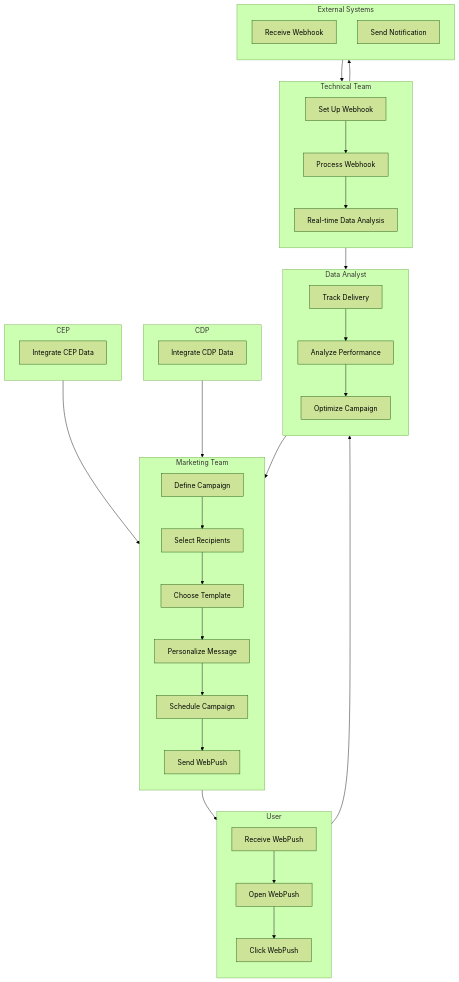
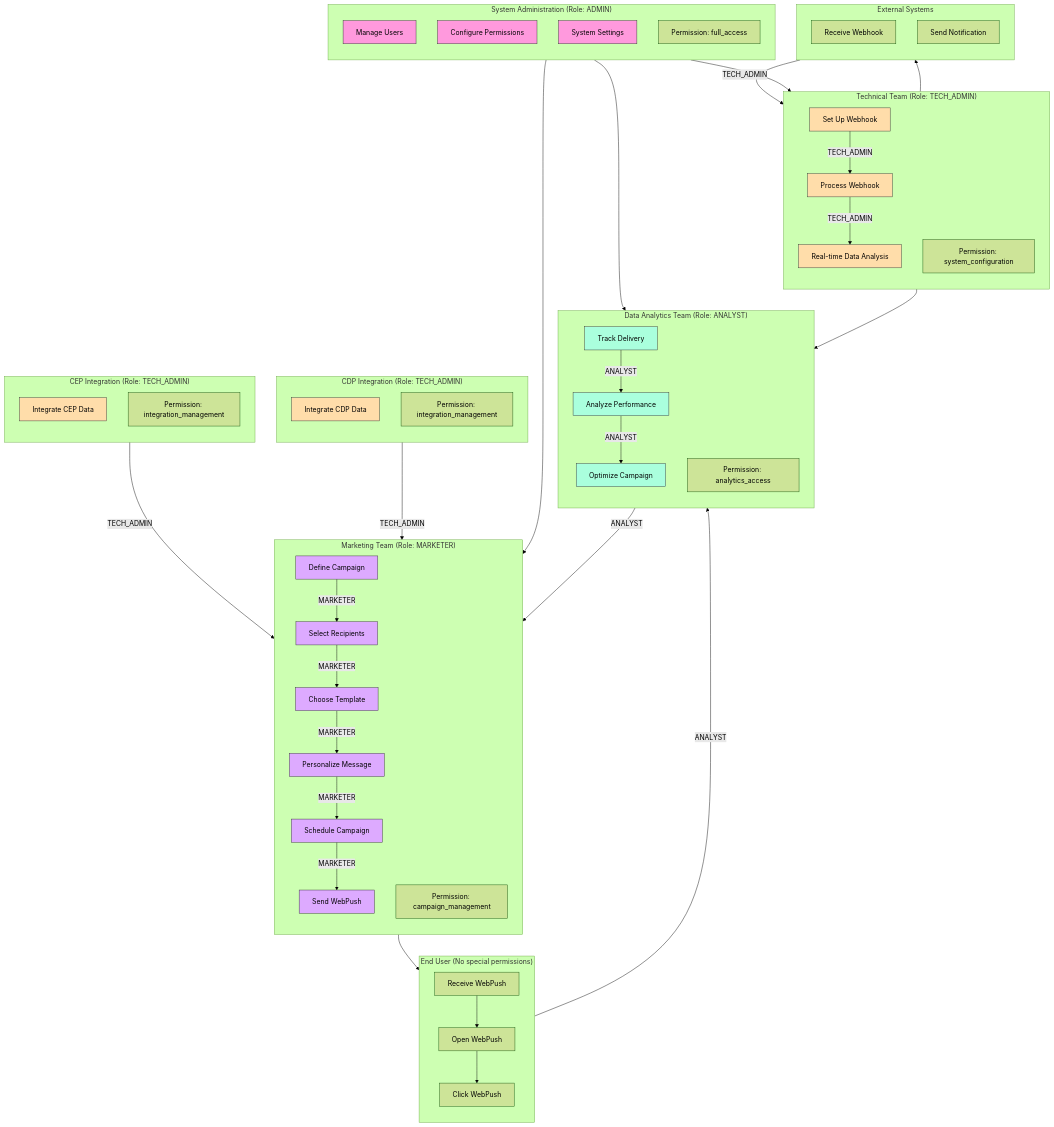
One commit to k1fathi/webpush_api changed the diagram in docs/code_stral2501/swimlane_diagram.mmd. Above: the diagram before and after it, drawn with Mermaid (forest theme). The commit also changed 27 other files, not shown here.

Commit message:
Add new database models for subscriptions, CDP, CEP, triggers, webhooks, analytics, templates, campaigns, and webpushes

```diff
--- a/docs/code_stral2501/swimlane_diagram.mmd
+++ b/docs/code_stral2501/swimlane_diagram.mmd
@@ -1,68 +1,96 @@
 flowchart TD
-    subgraph User
+    %% Role definitions
+    classDef admin fill:#f9d,stroke:#333
+    classDef analyst fill:#afd,stroke:#333
+    classDef marketer fill:#daf,stroke:#333
+    classDef tech fill:#fda,stroke:#333
+    classDef enduser fill:#ddd,stroke:#333
+
+    subgraph User["End User (No special permissions)"]
         direction TB
         U1[Receive WebPush]
         U2[Open WebPush]
         U3[Click WebPush]
     end
 
-    subgraph Marketing Team
+    subgraph Marketing Team["Marketing Team (Role: MARKETER)"]
         direction TB
-        M1[Define Campaign]
-        M2[Select Recipients]
-        M3[Choose Template]
-        M4[Personalize Message]
-        M5[Schedule Campaign]
-        M6[Send WebPush]
+        M1[Define Campaign]:::marketer
+        M2[Select Recipients]:::marketer
+        M3[Choose Template]:::marketer
+        M4[Personalize Message]:::marketer
+        M5[Schedule Campaign]:::marketer
+        M6[Send WebPush]:::marketer
+        MP[Permission: campaign_management]
     end
 
-    subgraph Data Analyst
+    subgraph Data Analyst["Data Analytics Team (Role: ANALYST)"]
         direction TB
-        D1[Track Delivery]
-        D2[Analyze Performance]
-        D3[Optimize Campaign]
+        D1[Track Delivery]:::analyst
+        D2[Analyze Performance]:::analyst
+        D3[Optimize Campaign]:::analyst
+        DP[Permission: analytics_access]
     end
 
-    subgraph Technical Team
+    subgraph Technical Team["Technical Team (Role: TECH_ADMIN)"]
         direction TB
-        T1[Set Up Webhook]
-        T2[Process Webhook]
-        T3[Real-time Data Analysis]
+        T1[Set Up Webhook]:::tech
+        T2[Process Webhook]:::tech
+        T3[Real-time Data Analysis]:::tech
+        TP[Permission: system_configuration]
     end
 
-    subgraph CDP
+    subgraph System Admin["System Administration (Role: ADMIN)"]
         direction TB
-        C1[Integrate CDP Data]
+        A1[Manage Users]:::admin
+        A2[Configure Permissions]:::admin
+        A3[System Settings]:::admin
+        AP[Permission: full_access]
     end
 
-    subgraph CEP
+    subgraph CDP["CDP Integration (Role: TECH_ADMIN)"]
         direction TB
-        E1[Integrate CEP Data]
+        C1[Integrate CDP Data]:::tech
+        CP[Permission: integration_management]
+    end
+
+    subgraph CEP["CEP Integration (Role: TECH_ADMIN)"]
+        direction TB
+        E1[Integrate CEP Data]:::tech
+        EP[Permission: integration_management]
     end
 
     subgraph External Systems
         direction TB
         ES1[Receive Webhook]
         ES2[Send Notification]
     end
 
-    %% Connections between swimlanes
-    M1 --> M2
-    M2 --> M3
-    M3 --> M4
-    M4 --> M5
-    M5 --> M6
+    %% Connections showing role-based workflow
+    A2 --> MP
+    A2 --> DP
+    A2 --> TP
+    M1 --> |MARKETER| M2
+    M2 --> |MARKETER| M3
+    M3 --> |MARKETER| M4
+    M4 --> |MARKETER| M5
+    M5 --> |MARKETER| M6
     M6 --> U1
     U1 --> U2
     U2 --> U3
-    U3 --> D1
-    D1 --> D2
-    D2 --> D3
-    D3 --> M1
-    T1 --> T2
-    T2 --> T3
+    U3 --> |ANALYST| D1
+    D1 --> |ANALYST| D2
+    D2 --> |ANALYST| D3
+    D3 --> |ANALYST| M1
+    T1 --> |TECH_ADMIN| T2
+    T2 --> |TECH_ADMIN| T3
     T3 --> D1
-    C1 --> M4
-    E1 --> M4
-    ES1 --> T2
+    C1 --> |TECH_ADMIN| M4
+    E1 --> |TECH_ADMIN| M4
+    ES1 --> |TECH_ADMIN| T2
     T2 --> ES2
+
+    %% Role-based styling
+    A1:::admin
+    A2:::admin
+    A3:::admin
```
